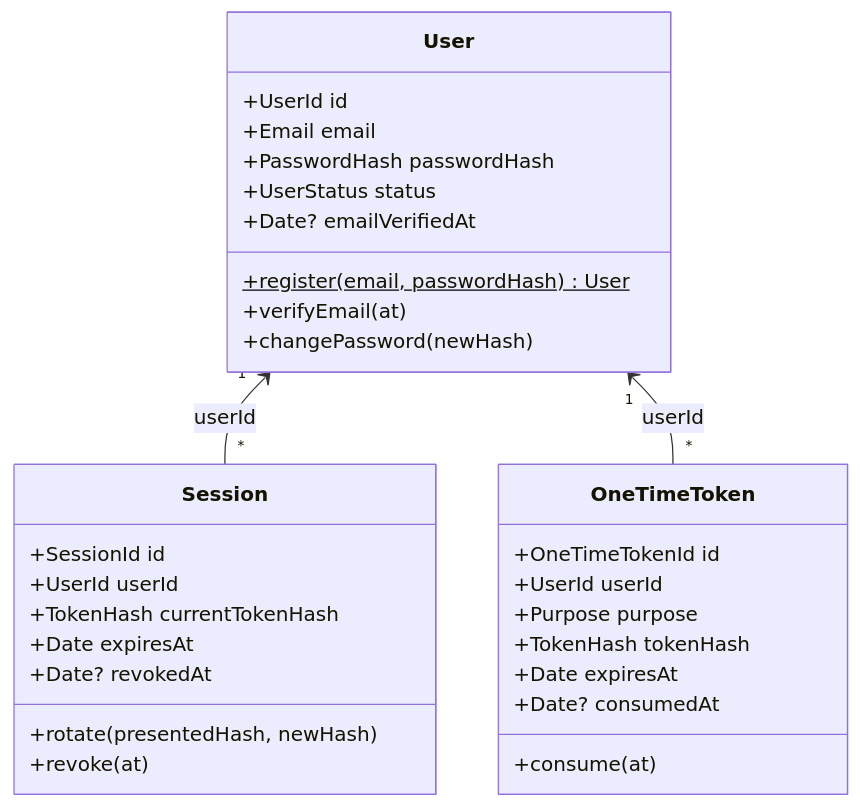
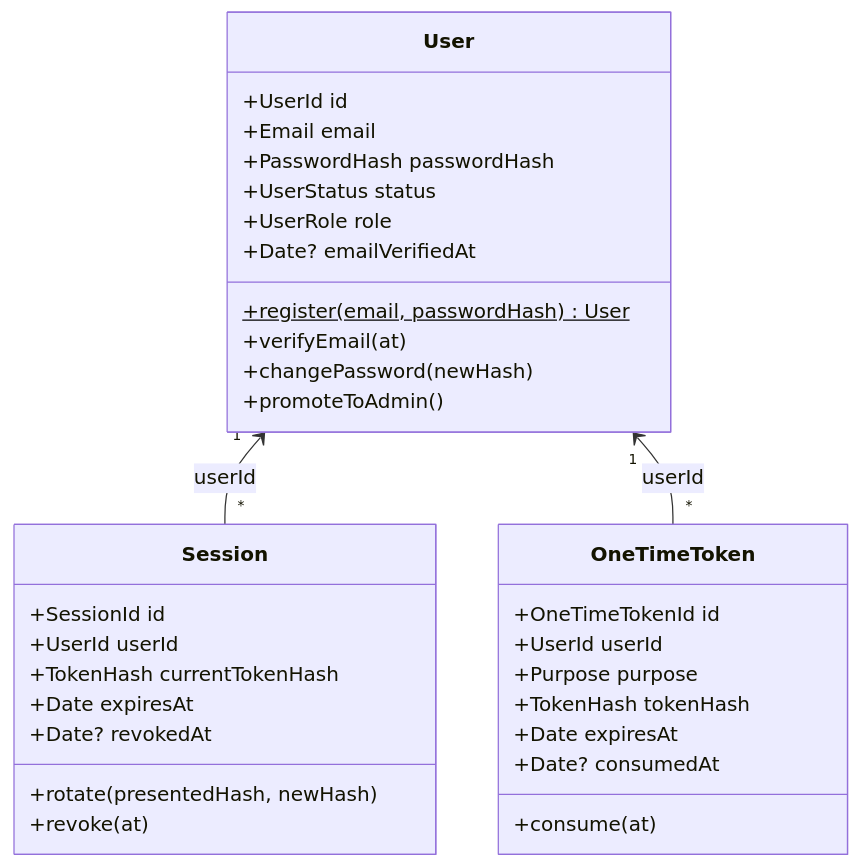
One commit to MorettiLeonardo/distributed-microservices-commerce-ecosystem changed the first of 4 diagrams in docs/domain/identity.md. Above: the diagram before and after it, drawn with Mermaid. The commit also changed other lines of this file and 79 other files, not shown here.

````diff
--- a/docs/domain/identity.md
+++ b/docs/domain/identity.md
@@ -18,33 +19,35 @@
 ```mermaid
 classDiagram
     class User {
         +UserId id
         +Email email
         +PasswordHash passwordHash
         +UserStatus status
+        +UserRole role
         +Date? emailVerifiedAt
         +register(email, passwordHash)$ User
         +verifyEmail(at)
         +changePassword(newHash)
+        +promoteToAdmin()
     }
     class Session {
         +SessionId id
         +UserId userId
         +TokenHash currentTokenHash
         +Date expiresAt
         +Date? revokedAt
         +rotate(presentedHash, newHash)
         +revoke(at)
     }
     class OneTimeToken {
         +OneTimeTokenId id
         +UserId userId
         +Purpose purpose
         +TokenHash tokenHash
         +Date expiresAt
         +Date? consumedAt
         +consume(at)
     }
     User "1" <-- "*" Session : userId
     User "1" <-- "*" OneTimeToken : userId
 ```
````
